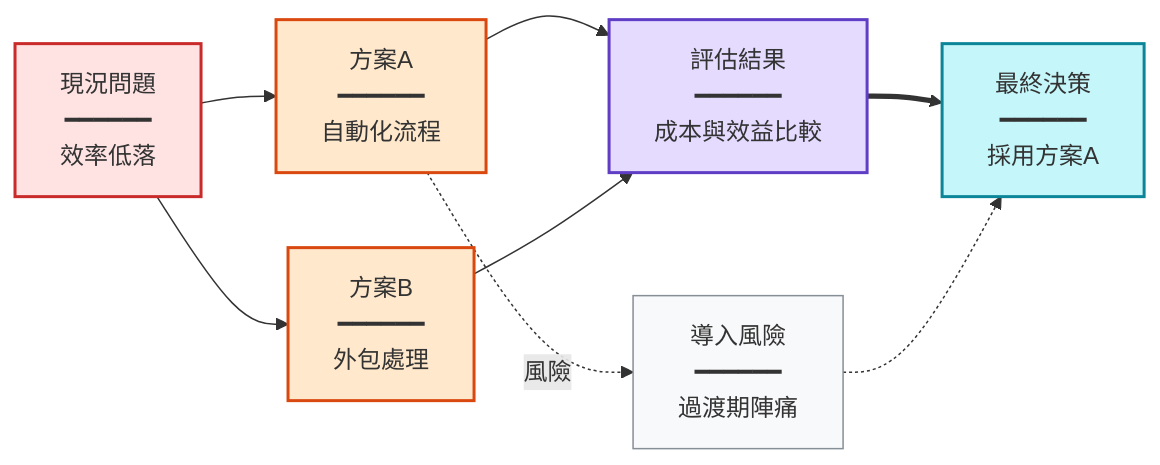
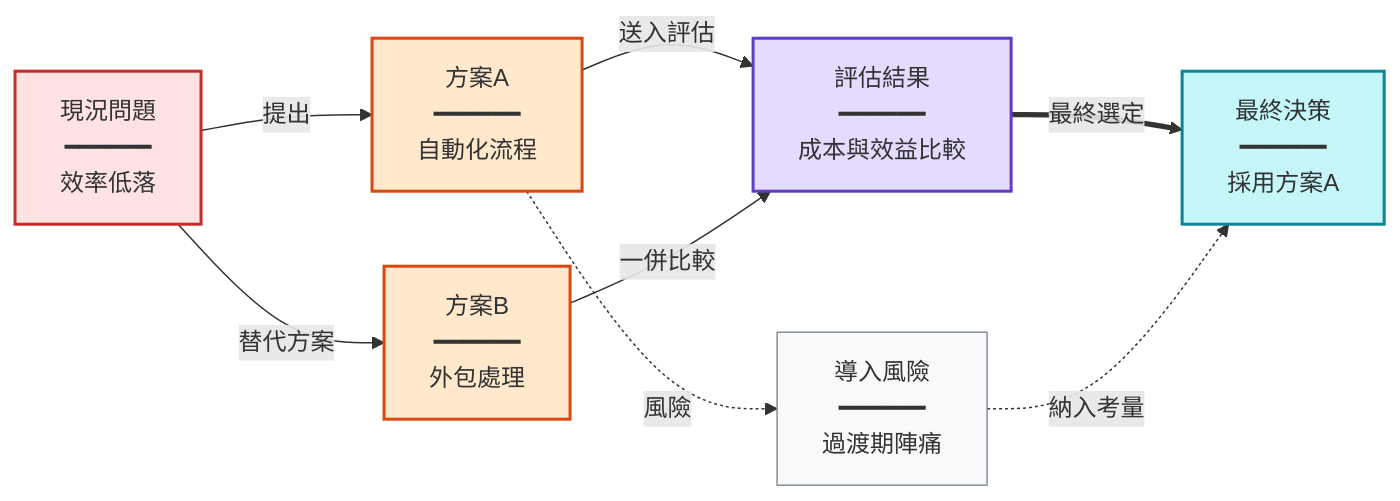
Before and after one commit to kouko/youtube-summarize-scraper: the second of 2 diagrams in prompts/builtin/mermaid-zh-Hant.md, drawn with Mermaid. The commit also changed other lines of this file and 25 other files, not shown here.

First line of the commit message:
feat: LLM fallback chain, upload date fix, and mermaid improvements (#31)

````diff
--- a/prompts/builtin/mermaid-zh-Hant.md
+++ b/prompts/builtin/mermaid-zh-Hant.md
@@ -60,16 +60,16 @@
 ```mermaid
 graph LR
-H["現況問題<br/>━━━━━━<br/>效率低落"] --> I["方案A<br/>━━━━━━<br/>自動化流程"]
-H --> J["方案B<br/>━━━━━━<br/>外包處理"]
-I --> K["評估結果<br/>━━━━━━<br/>成本與效益比較"]
-J --> K
-K ==> L["最終決策<br/>━━━━━━<br/>採用方案A"]
+H["現況問題<br/>━━━━━━<br/>效率低落"] -->|提出| I["方案A<br/>━━━━━━<br/>自動化流程"]
+H -->|替代方案| J["方案B<br/>━━━━━━<br/>外包處理"]
+I -->|送入評估| K["評估結果<br/>━━━━━━<br/>成本與效益比較"]
+J -->|一併比較| K
+K ==>|最終選定| L["最終決策<br/>━━━━━━<br/>採用方案A"]
 I -.->|風險| M["導入風險<br/>━━━━━━<br/>過渡期陣痛"]
-M -.-> L
+M -.->|納入考量| L
 style H fill:#ffe3e3,stroke:#c92a2a,stroke-width:2px
 style I fill:#ffe8cc,stroke:#d9480f,stroke-width:2px
 style J fill:#ffe8cc,stroke:#d9480f,stroke-width:2px
 style K fill:#e5dbff,stroke:#5f3dc4,stroke-width:2px
 style L fill:#c5f6fa,stroke:#0c8599,stroke-width:2px
 style M fill:#f8f9fa,stroke:#868e96,stroke-width:1px
 ```
````
